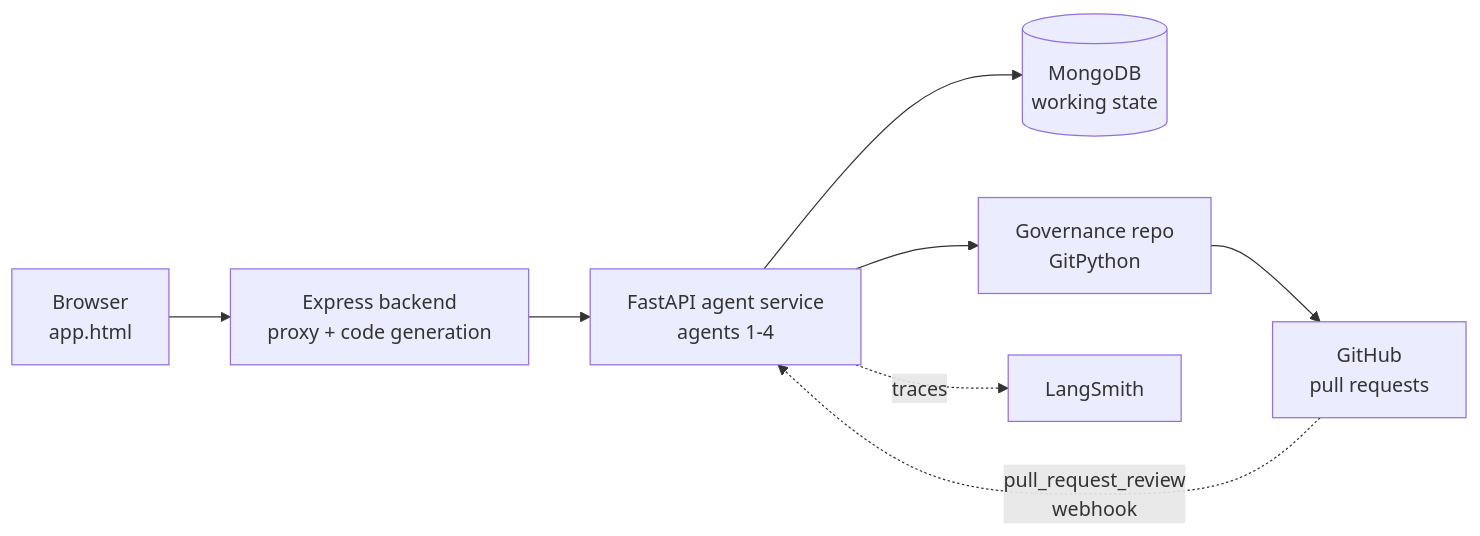
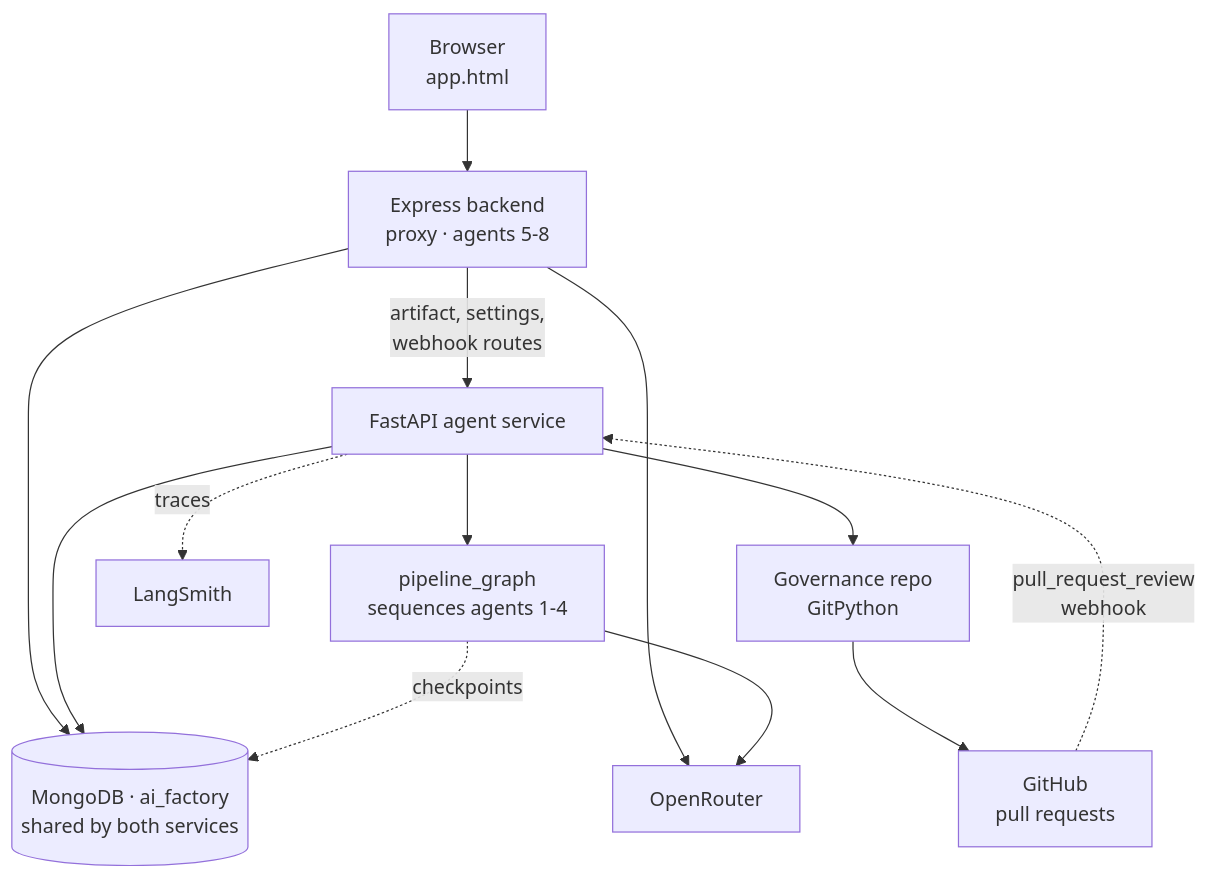
The first of 8 diagrams in docs/architecture.md (ronit-j-sdms1030/ai-factory), drawn with Mermaid before and after one commit. The commit also changed other lines of this file, not shown here.

Commit message:
Show the edges the system diagram was hiding
The §2 diagram had Express reaching MongoDB only through the FastAPI service,
and did not show either service calling a model. Both are wrong in ways that
matter:

- Express connects to the same ai_factory database directly. That shared
  database is why fields written by the Python agents have to be declared on
  the Mongoose model — an undeclared path does not hydrate under strict mode,
  which is how a gate came to read `artifact.ui` as undefined on a document
  holding fourteen screens.
- Agents 5-8 call OpenRouter from llm.service.js without touching the Python
  service, so "code generation" in the Express box was doing invisible work.
  Only the Python side is traced.

The orchestrator was also absent: the graph that sequences agents 1-4 lived
inside an undifferentiated "FastAPI agent service" box, which is the one
detail a reader looking for it would want.

````diff
--- a/docs/architecture.md
+++ b/docs/architecture.md
@@ -31,10 +31,18 @@
 ```mermaid
-flowchart LR
-    U[Browser<br/>app.html] --> E[Express backend<br/>proxy + code generation]
-    E --> P[FastAPI agent service<br/>agents 1-4]
-    P --> M[(MongoDB<br/>working state)]
+flowchart TB
+    U[Browser<br/>app.html] --> E[Express backend<br/>proxy · agents 5-8]
+    E -->|artifact, settings,<br/>webhook routes| P[FastAPI agent service]
+    P --> GR[pipeline_graph<br/>sequences agents 1-4]
+
+    E --> M[(MongoDB · ai_factory<br/>shared by both services)]
+    P --> M
+    GR -.->|checkpoints| M
+
+    E --> OR[OpenRouter]
+    GR --> OR
+
     P --> G[Governance repo<br/>GitPython]
     G --> H[GitHub<br/>pull requests]
     H -.->|pull_request_review<br/>webhook| P
     P -.->|traces| L[LangSmith]
 ```
````
